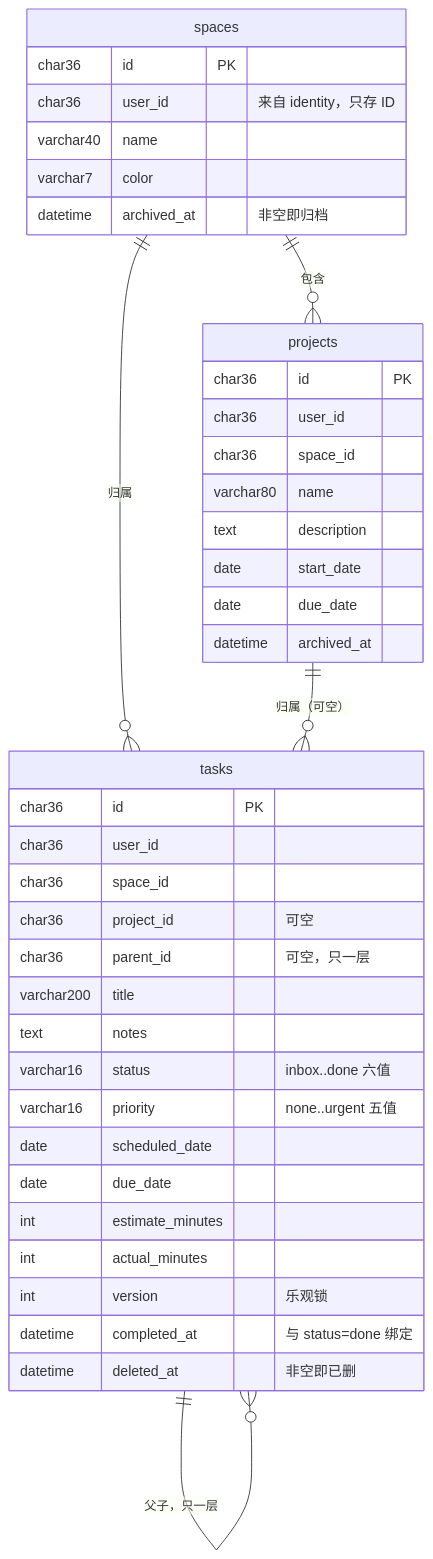
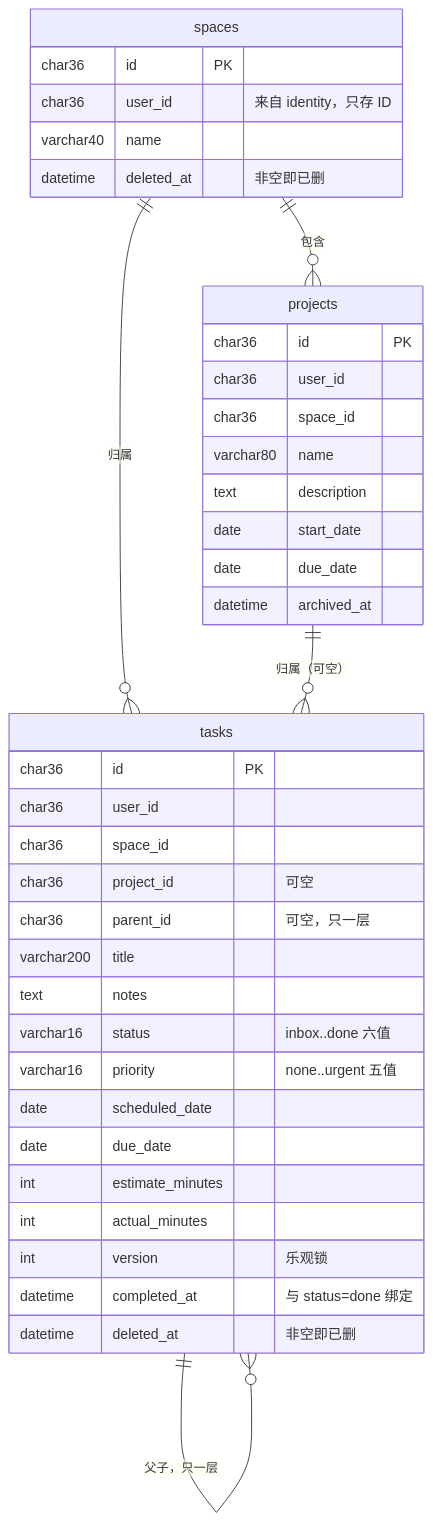
The diagram in docs/dev/er.md (inezhi/dailywork), drawn with Mermaid before and after one commit. The commit also changed 3 other files, not shown here.

First line of the commit message:
feat(schema): drop space color and switch spaces to soft delete

````diff
--- a/docs/dev/er.md
+++ b/docs/dev/er.md
@@ -8,45 +8,44 @@
 ```mermaid
 erDiagram
     spaces ||--o{ projects : "包含"
     spaces ||--o{ tasks : "归属"
     projects ||--o{ tasks : "归属（可空）"
     tasks ||--o{ tasks : "父子，只一层"
 
     spaces {
         char36 id PK
         char36 user_id "来自 identity，只存 ID"
         varchar40 name
-        varchar7 color
-        datetime archived_at "非空即归档"
+        datetime deleted_at "非空即已删"
     }
 
     projects {
         char36 id PK
         char36 user_id
         char36 space_id
         varchar80 name
         text description
         date start_date
         date due_date
         datetime archived_at
     }
 
     tasks {
         char36 id PK
         char36 user_id
         char36 space_id
         char36 project_id "可空"
         char36 parent_id "可空，只一层"
         varchar200 title
         text notes
         varchar16 status "inbox..done 六值"
         varchar16 priority "none..urgent 五值"
         date scheduled_date
         date due_date
         int estimate_minutes
         int actual_minutes
         int version "乐观锁"
         datetime completed_at "与 status=done 绑定"
         datetime deleted_at "非空即已删"
     }
 ```
````
